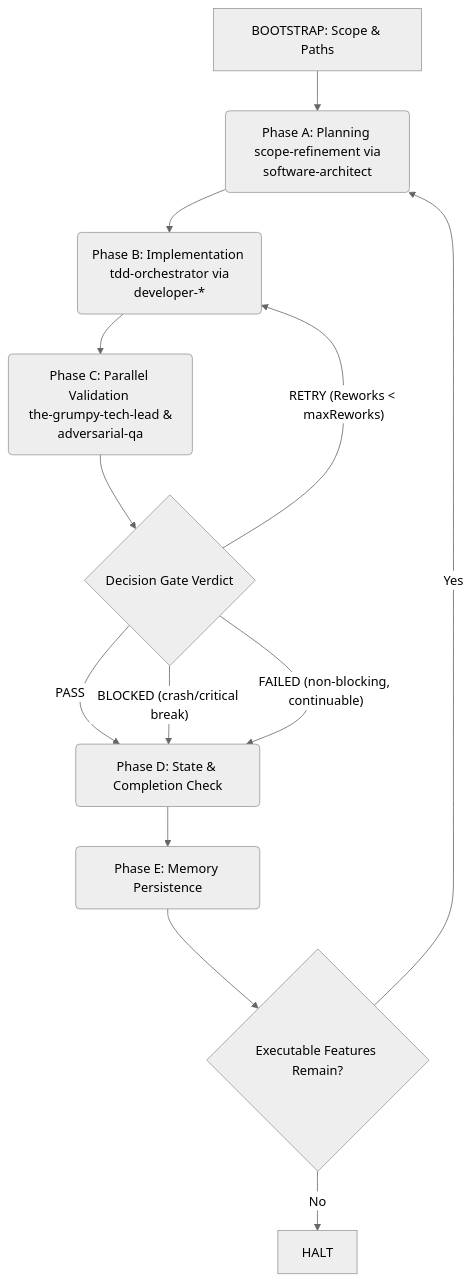
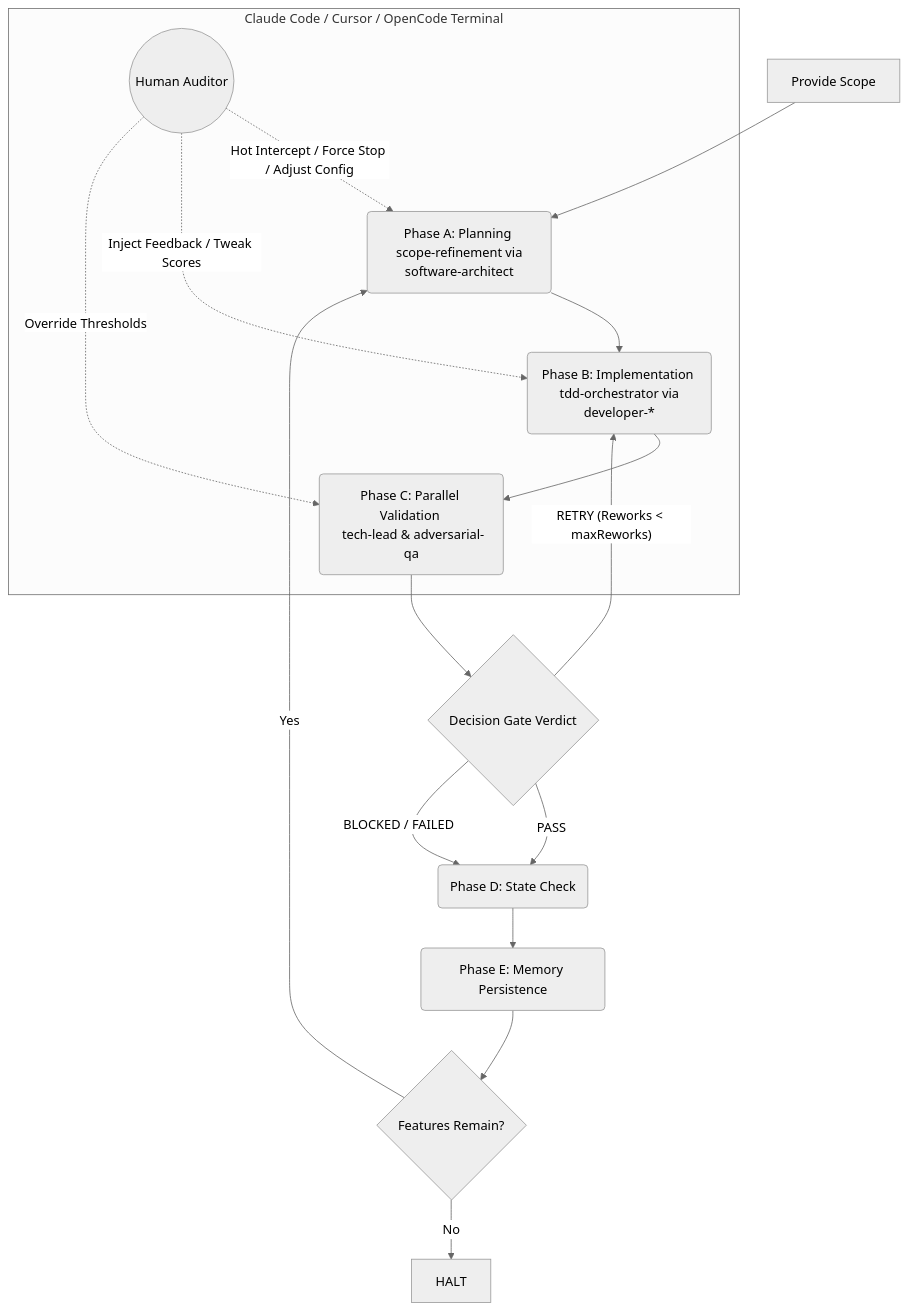
Before and after one commit to romabeckman/harness-kit: the diagram in docs/workflow/AUTONOMOUS-ORCHESTRATOR.md, drawn with Mermaid (neutral theme). The commit also changed other lines of this file and 1 other file, not shown here.

````diff
--- a/docs/workflow/AUTONOMOUS-ORCHESTRATOR.md
+++ b/docs/workflow/AUTONOMOUS-ORCHESTRATOR.md
@@ -22,15 +33,22 @@
 ```mermaid
 graph TD
-    A[BOOTSTRAP: Scope & Paths] --> B(Phase A: Planning <br/> scope-refinement via software-architect)
+    Start[Provide Scope] --> B(Phase A: Planning <br/> scope-refinement via software-architect)
     B --> C(Phase B: Implementation <br/> tdd-orchestrator via developer-*)
-    C --> D(Phase C: Parallel Validation <br/> the-grumpy-tech-lead & adversarial-qa)
+    C --> D(Phase C: Parallel Validation <br/> tech-lead & adversarial-qa)
     D --> E{Decision Gate Verdict}
-    E -- PASS --> F(Phase D: State & Completion Check)
+    E -- PASS --> F(Phase D: State Check)
     E -- "RETRY (Reworks < maxReworks)" --> C
-    E -- "BLOCKED (crash/critical break)" --> F
-    E -- "FAILED (non-blocking, continuable)" --> F
+    E -- "BLOCKED / FAILED" --> F
     F --> G(Phase E: Memory Persistence)
-    G --> H{Executable Features Remain?}
+    G --> H{Features Remain?}
     H -- Yes --> B
-    H -- No --> I[HALT]
+    H -- No --> End[HALT]
+
+    %% Live Human Interception Layer
+    subgraph Live Monitoring Panel [Claude Code / Cursor / OpenCode Terminal]
+        Human((Human Auditor)) -.->|Hot Intercept / Force Stop / Adjust Config| B
+        Human -.->|Inject Feedback / Tweak Scores| C
+        Human -.->|Override Thresholds| D
+    end
+
 ```
````
